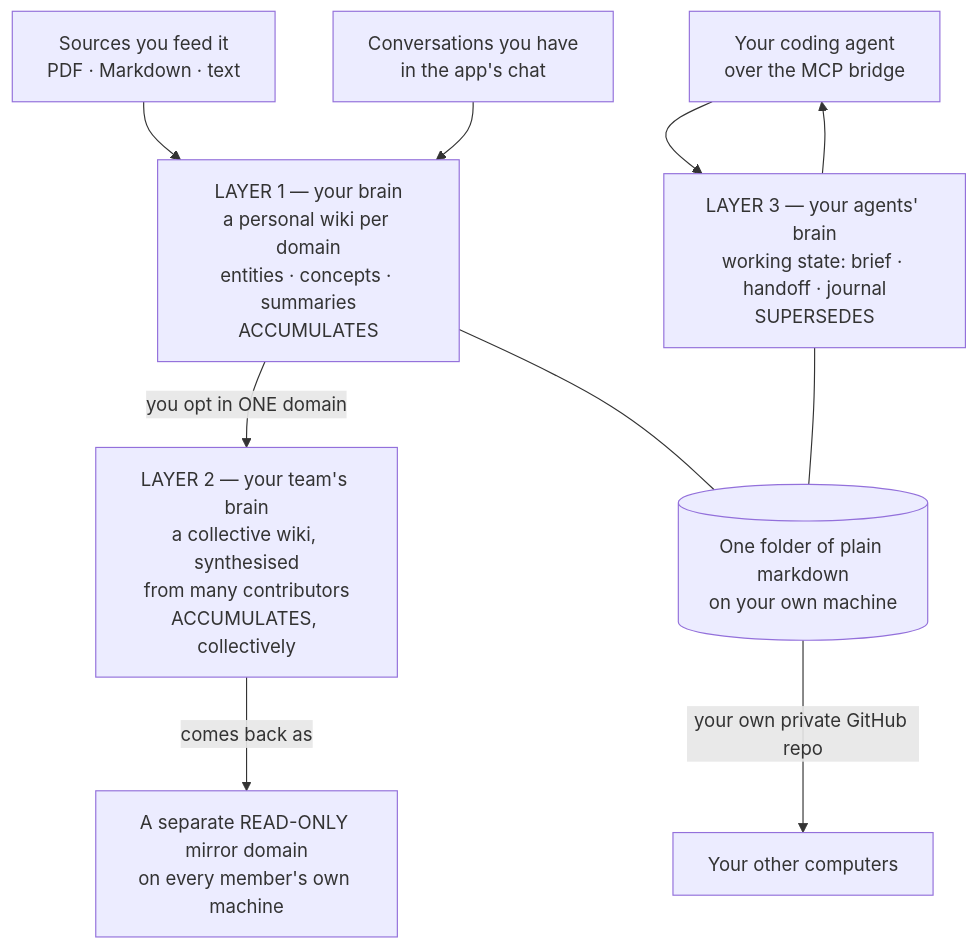
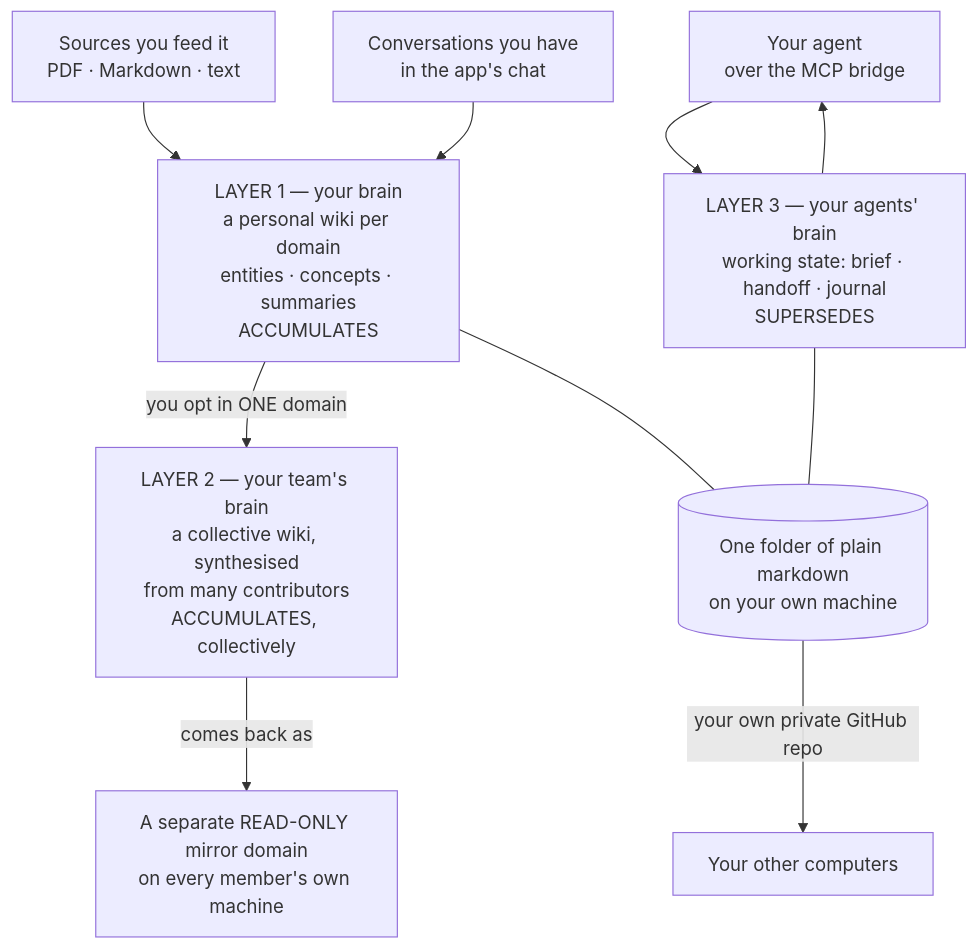
Before and after one commit to talirezun/the-curator: the diagram in docs/product-overview.md, drawn with Mermaid. The commit also changed other lines of this file and 15 other files, not shown here.

````diff
--- a/docs/product-overview.md
+++ b/docs/product-overview.md
@@ -50,13 +50,13 @@
 ```mermaid
 flowchart TD
     SRC["Sources you feed it<br/>PDF · Markdown · text"] --> L1
     CONV["Conversations you have<br/>in the app's chat"] --> L1
     L1["LAYER 1 — your brain<br/>a personal wiki per domain<br/>entities · concepts · summaries<br/>ACCUMULATES"]
     L1 -->|"you opt in ONE domain"| L2["LAYER 2 — your team's brain<br/>a collective wiki, synthesised<br/>from many contributors<br/>ACCUMULATES, collectively"]
     L2 -->|"comes back as"| MIR["A separate READ-ONLY mirror domain<br/>on every member's own machine"]
-    AG["Your coding agent<br/>over the MCP bridge"] --> L3["LAYER 3 — your agents' brain<br/>working state: brief · handoff · journal<br/>SUPERSEDES"]
+    AG["Your agent<br/>over the MCP bridge"] --> L3["LAYER 3 — your agents' brain<br/>working state: brief · handoff · journal<br/>SUPERSEDES"]
     L3 --> AG
     L1 --- FILES[("One folder of plain markdown<br/>on your own machine")]
     L3 --- FILES
     FILES -->|"your own private GitHub repo"| OTHER["Your other computers"]
 ```
````
